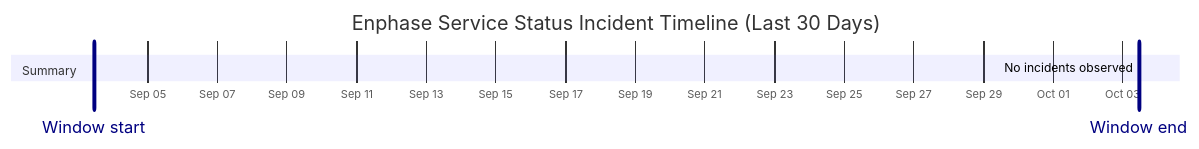
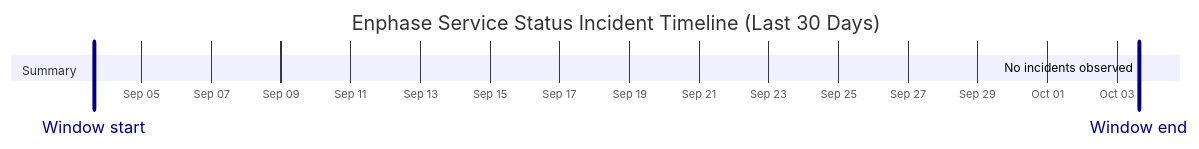
The diagram in wiki/Service-Status-History.md (barneyonline/ha-enphase-energy), drawn with Mermaid before and after one commit. The commit also changed other lines of this file and 3 other files, not shown here.

````diff
--- a/wiki/Service-Status-History.md
+++ b/wiki/Service-Status-History.md
@@ -14,10 +14,10 @@
 ```mermaid
 gantt
     title Enphase Service Status Incident Timeline (Last 30 Days)
     dateFormat  YYYY-MM-DDTHH:mm:ss
     axisFormat  %b %d
-    Window start :vert, window-start, 2026-09-03T11:08:01, 0ms
-    Window end :vert, window-end, 2026-10-03T11:08:01, 0ms
+    Window start :vert, window-start, 2026-09-03T15:11:00, 0ms
+    Window end :vert, window-end, 2026-10-03T15:11:00, 0ms
     section Summary
-    No incidents observed :done, 2026-10-03T11:08:01, 1m
+    No incidents observed :done, 2026-10-03T15:11:00, 1m
 ```
````
